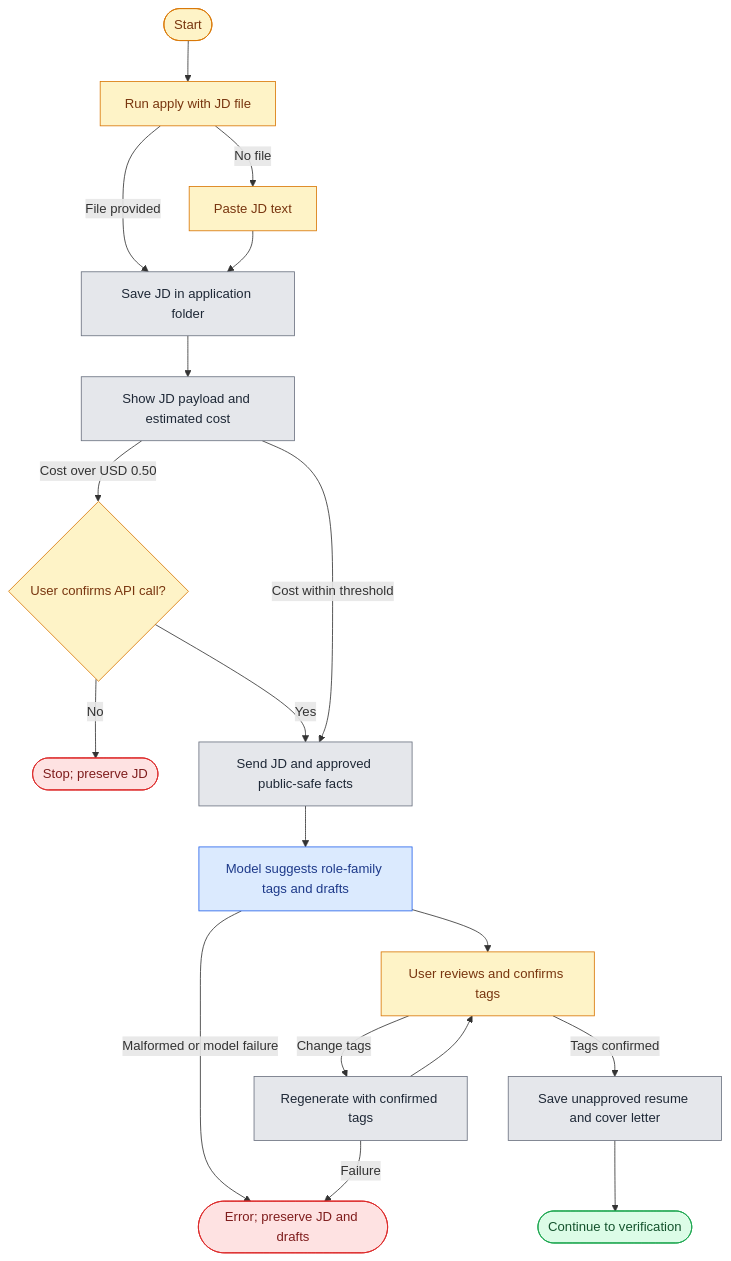
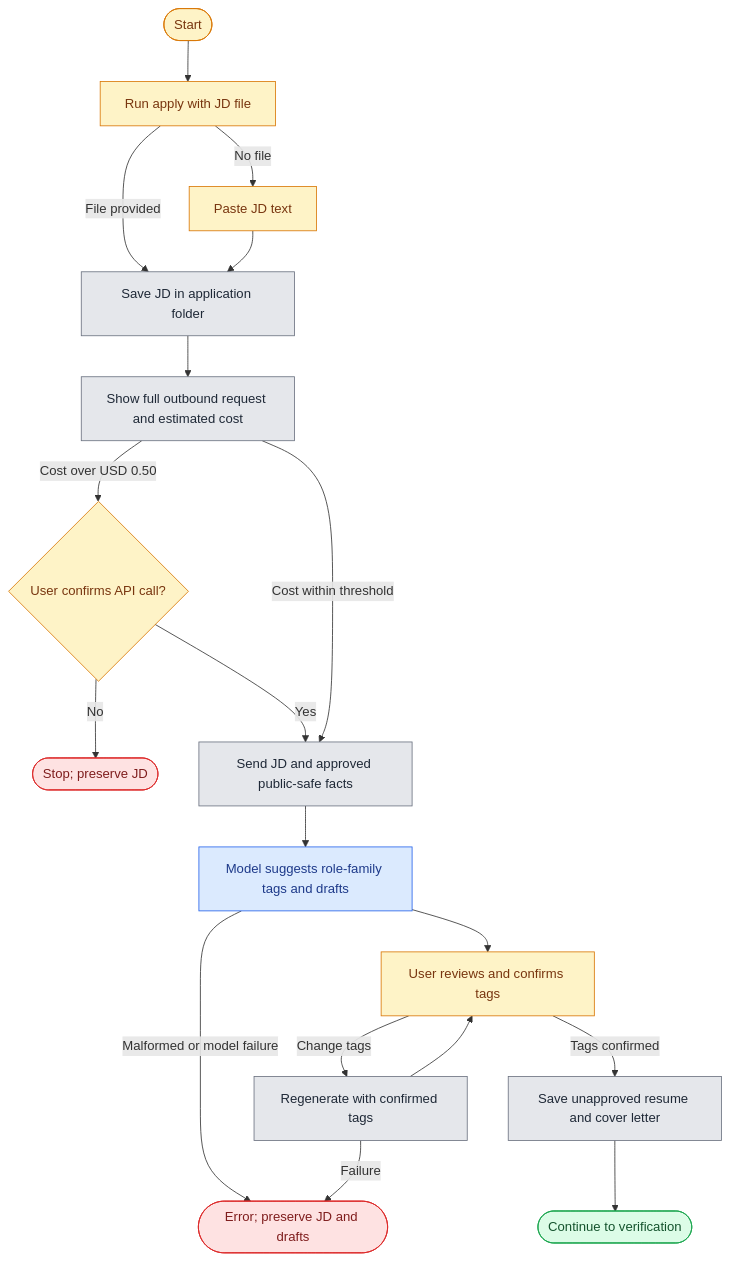
Before and after one commit to carriegale2710/master-resume: the first of 4 diagrams in docs/PRODUCT-SPEC.md, drawn with Mermaid. The commit also changed other lines of this file, not shown here.

````diff
--- a/docs/PRODUCT-SPEC.md
+++ b/docs/PRODUCT-SPEC.md
@@ -69,30 +72,30 @@
 ```mermaid
 flowchart TD
     A([Start]) --> B[Run apply with JD file]
     B -->|No file| C[Paste JD text]
     B -->|File provided| D[Save JD in application folder]
     C --> D
-    D --> E[Show JD payload and estimated cost]
+    D --> E[Show full outbound request and estimated cost]
     E -->|Cost over USD 0.50| F{User confirms API call?}
     F -->|No| G([Stop; preserve JD])
     F -->|Yes| H[Send JD and approved public-safe facts]
     E -->|Cost within threshold| H
     H --> I[Model suggests role-family tags and drafts]
     I -->|Malformed or model failure| J([Error; preserve JD and drafts])
     I --> K[User reviews and confirms tags]
     K -->|Change tags| L[Regenerate with confirmed tags]
     L -->|Failure| J
     L --> K
     K -->|Tags confirmed| M[Save unapproved resume and cover letter]
     M --> N([Continue to verification])
     classDef ai fill:#dbeafe,stroke:#2563eb,color:#1e3a8a
     classDef system fill:#e5e7eb,stroke:#6b7280,color:#1f2937
     classDef user fill:#fef3c7,stroke:#d97706,color:#78350f
     classDef success fill:#dcfce7,stroke:#16a34a,color:#14532d
     classDef error fill:#fee2e2,stroke:#dc2626,color:#7f1d1d
     class A,B,C,F,K user
     class D,E,H,L,M system
     class I ai
     class G,J error
     class N success
 ```
````
